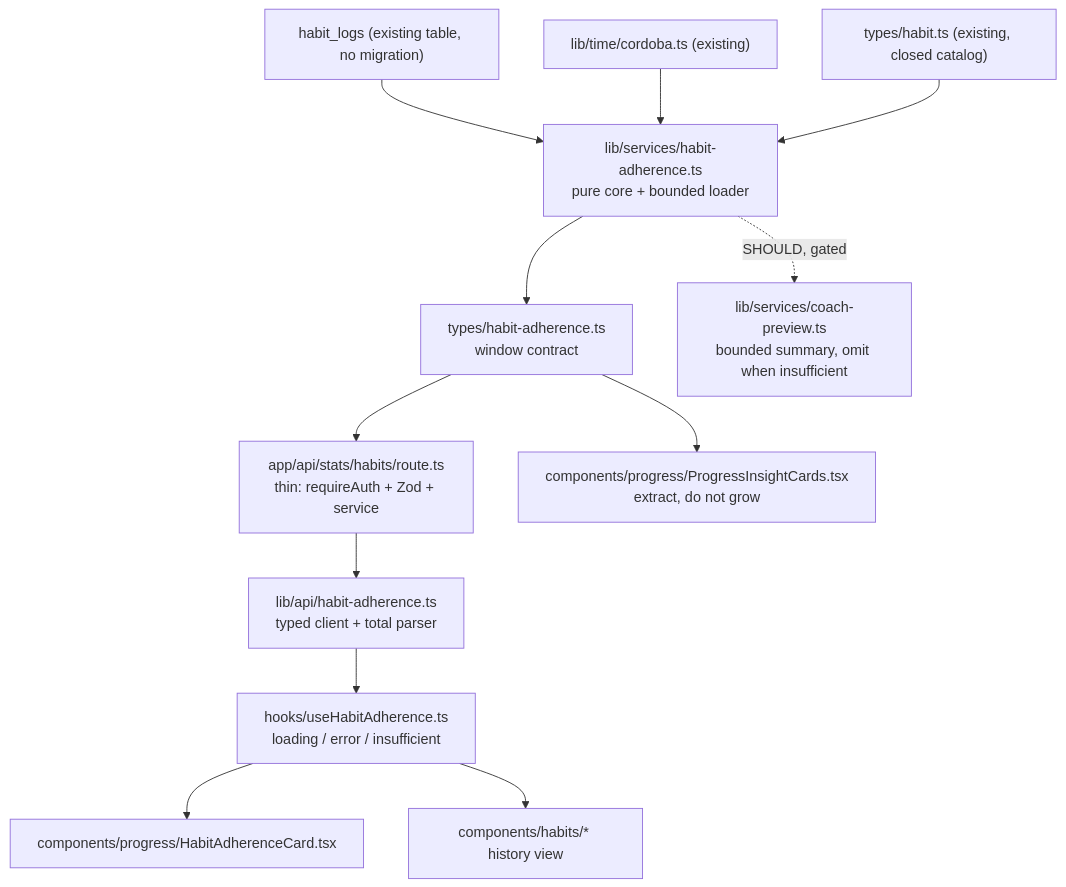
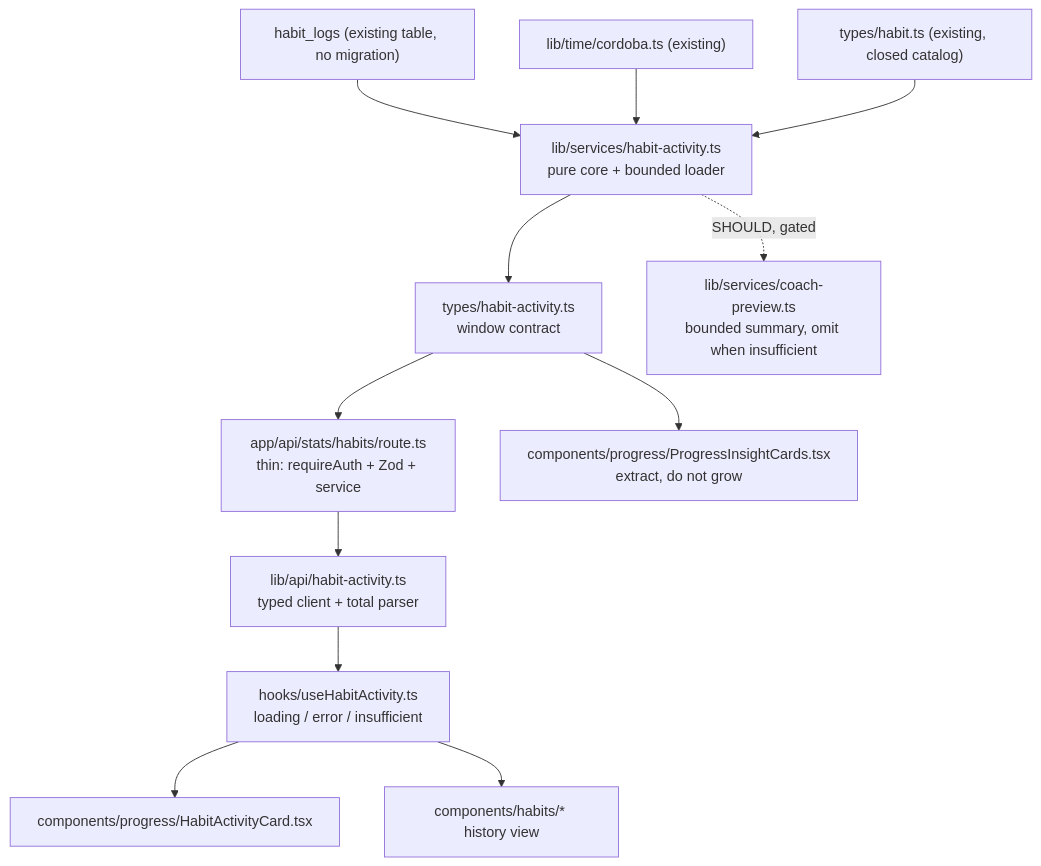
The first of 2 diagrams in docs/superpowers/specs/2026-09-27-v0.9.0-habits-adherence-brief.md (EstebanIndiveri/atlas-fitness), drawn with Mermaid before and after one commit. The commit also changed other lines of this file, not shown here.

First line of the commit message:
docs: approve v0.9.0 habits & adherence brief

````diff
--- a/docs/superpowers/specs/2026-09-27-v0.9.0-habits-adherence-brief.md
+++ b/docs/superpowers/specs/2026-09-27-v0.9.0-habits-adherence-brief.md
@@ -417,14 +457,14 @@
 ```mermaid
 graph TD
-  A["habit_logs (existing table, no migration)"] --> B["lib/services/habit-adherence.ts<br/>pure core + bounded loader"]
+  A["habit_logs (existing table, no migration)"] --> B["lib/services/habit-activity.ts<br/>pure core + bounded loader"]
   C["lib/time/cordoba.ts (existing)"] --> B
   D["types/habit.ts (existing, closed catalog)"] --> B
-  B --> E["types/habit-adherence.ts<br/>window contract"]
+  B --> E["types/habit-activity.ts<br/>window contract"]
   E --> F["app/api/stats/habits/route.ts<br/>thin: requireAuth + Zod + service"]
-  F --> G["lib/api/habit-adherence.ts<br/>typed client + total parser"]
-  G --> H["hooks/useHabitAdherence.ts<br/>loading / error / insufficient"]
-  H --> I["components/progress/HabitAdherenceCard.tsx"]
+  F --> G["lib/api/habit-activity.ts<br/>typed client + total parser"]
+  G --> H["hooks/useHabitActivity.ts<br/>loading / error / insufficient"]
+  H --> I["components/progress/HabitActivityCard.tsx"]
   H --> J["components/habits/* history view"]
   E --> K["components/progress/ProgressInsightCards.tsx<br/>extract, do not grow"]
   B -.->|SHOULD, gated| L["lib/services/coach-preview.ts<br/>bounded summary, omit when insufficient"]
 ```
````
